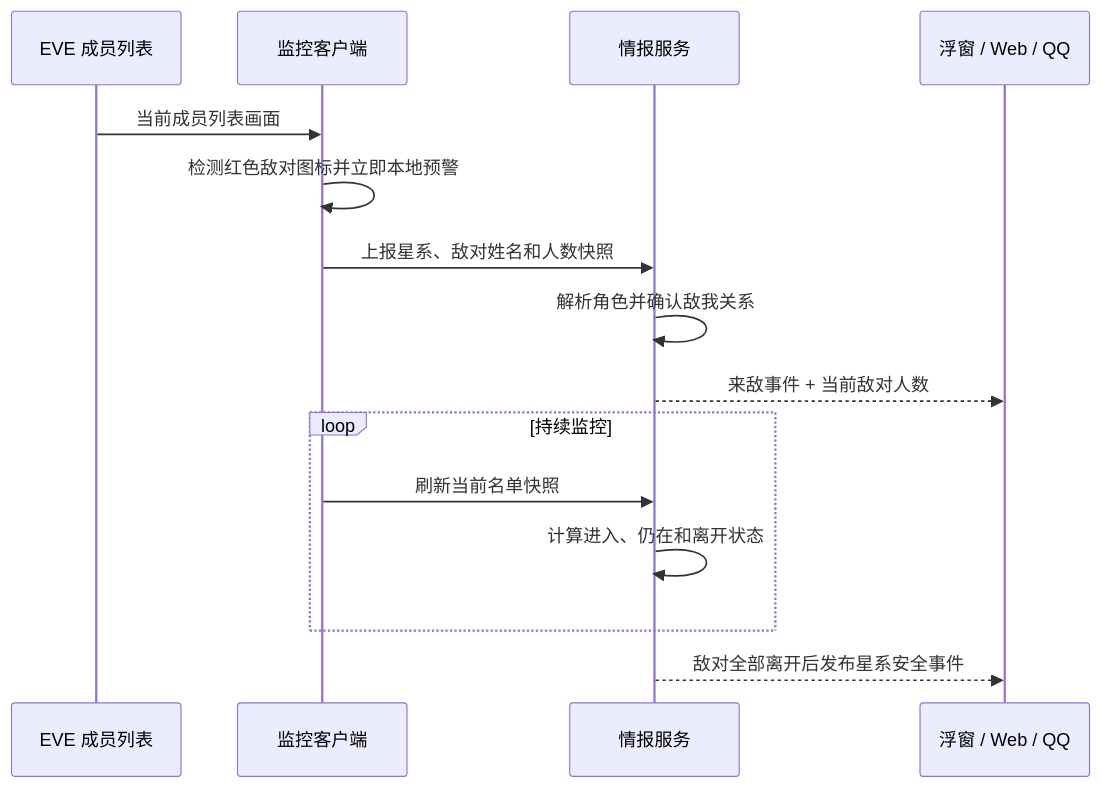
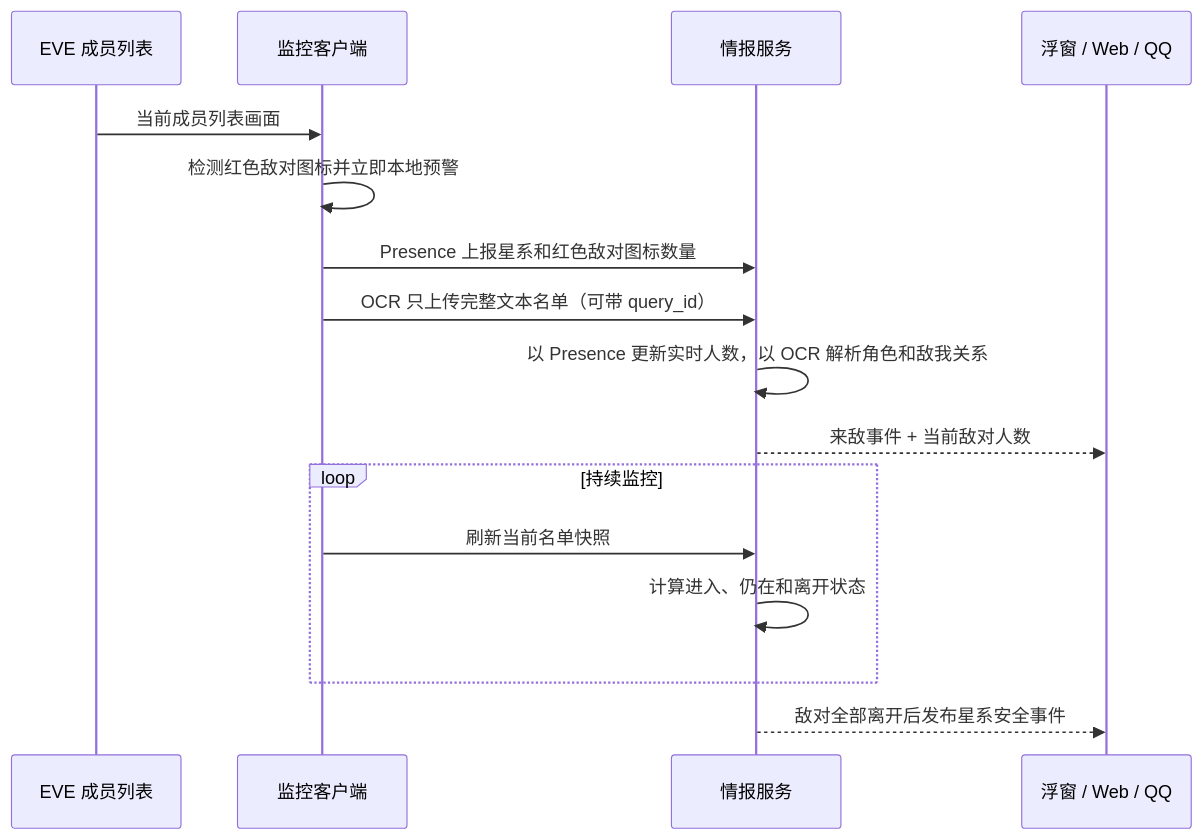
One commit to xiaqijun/eve-sentry changed the second of 3 diagrams in README.md. Above: the diagram before and after it, drawn with Mermaid. The commit also changed other lines of this file and 20 other files, not shown here.

````diff
--- a/README.md
+++ b/README.md
@@ -66,18 +66,19 @@
 ```mermaid
 sequenceDiagram
     participant EVE as EVE 成员列表
     participant Client as 监控客户端
     participant Server as 情报服务
     participant Notice as 浮窗 / Web / QQ
 
     EVE->>Client: 当前成员列表画面
     Client->>Client: 检测红色敌对图标并立即本地预警
-    Client->>Server: 上报星系、敌对姓名和人数快照
-    Server->>Server: 解析角色并确认敌我关系
+    Client->>Server: Presence 上报星系和红色敌对图标数量
+    Client->>Server: OCR 只上传完整文本名单（可带 query_id）
+    Server->>Server: 以 Presence 更新实时人数，以 OCR 解析角色和敌我关系
     Server-->>Notice: 来敌事件 + 当前敌对人数
     loop 持续监控
         Client->>Server: 刷新当前名单快照
         Server->>Server: 计算进入、仍在和离开状态
     end
     Server-->>Notice: 敌对全部离开后发布星系安全事件
 ```
````
